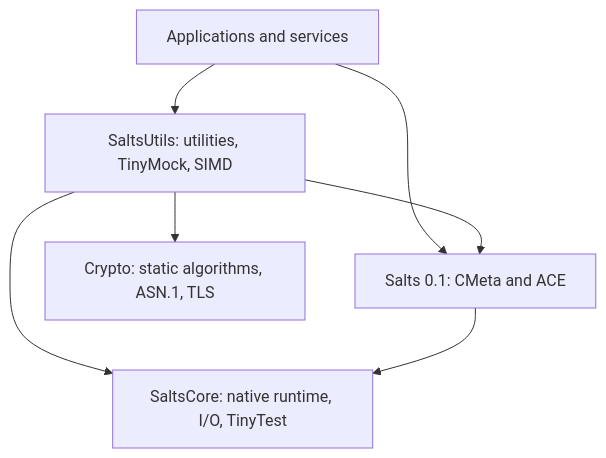
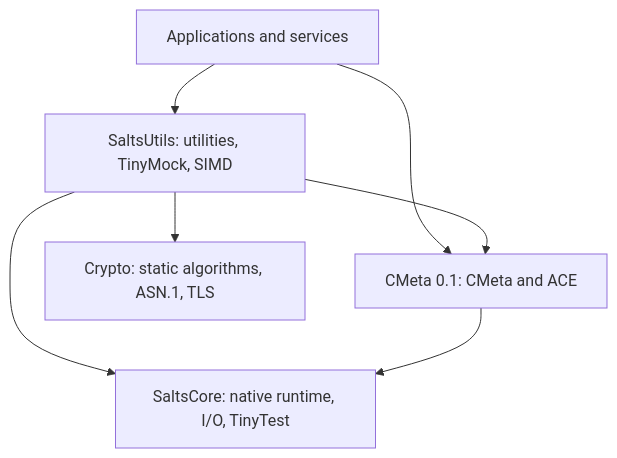
One commit to qigao/cmeta changed the diagram in ARCHITECTURE.md. Above: the diagram before and after it, drawn with Mermaid. The commit also changed 21 other files, not shown here.

````diff
--- a/ARCHITECTURE.md
+++ b/ARCHITECTURE.md
@@ -6,14 +6,14 @@
 ```mermaid
 flowchart TD
     app["Applications and services"]
     utils["SaltsUtils: utilities, TinyMock, SIMD"]
-    salts["Salts 0.1: CMeta and ACE"]
+    salts["CMeta 0.1: CMeta and ACE"]
     core["SaltsCore: native runtime, I/O, TinyTest"]
     crypto["Crypto: static algorithms, ASN.1, TLS"]
     app --> utils
     app --> salts
     utils --> salts
     utils --> core
     utils --> crypto
     salts --> core
 ```
````
